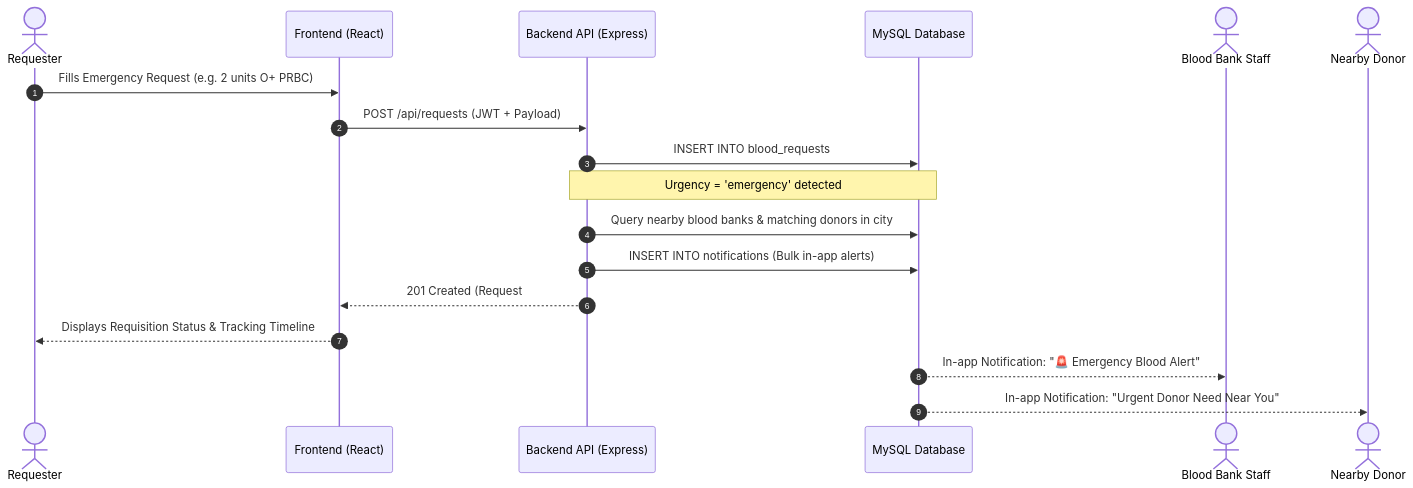
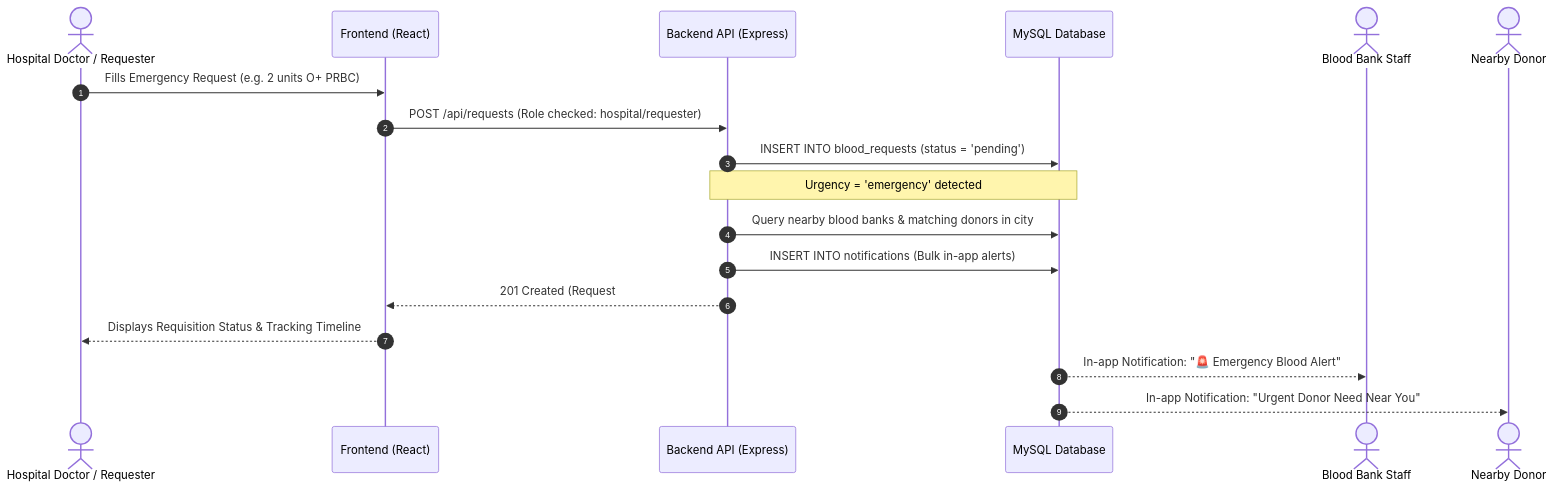
One commit to SHARANNNNN69/CELLS changed the fourth of 5 diagrams in docs/DFD_AND_WORKFLOWS.md. Above: the diagram before and after it, drawn with Mermaid. The commit also changed other lines of this file and 19 other files, not shown here.

````diff
--- a/docs/DFD_AND_WORKFLOWS.md
+++ b/docs/DFD_AND_WORKFLOWS.md
@@ -27,21 +76,21 @@
 ```mermaid
 sequenceDiagram
     autonumber
-    actor R as Requester
+    actor R as Hospital Doctor / Requester
     participant Client as Frontend (React)
     participant Server as Backend API (Express)
     participant DB as MySQL Database
     actor B as Blood Bank Staff
     actor D as Nearby Donor
 
     R->>Client: Fills Emergency Request (e.g. 2 units O+ PRBC)
-    Client->>Server: POST /api/requests (JWT + Payload)
-    Server->>DB: INSERT INTO blood_requests
+    Client->>Server: POST /api/requests (Role checked: hospital/requester)
+    Server->>DB: INSERT INTO blood_requests (status = 'pending')
     Note over Server,DB: Urgency = 'emergency' detected
     Server->>DB: Query nearby blood banks & matching donors in city
     Server->>DB: INSERT INTO notifications (Bulk in-app alerts)
     Server-->>Client: 201 Created (Request #ID)
     Client-->>R: Displays Requisition Status & Tracking Timeline
     DB-->>B: In-app Notification: "🚨 Emergency Blood Alert"
     DB-->>D: In-app Notification: "Urgent Donor Need Near You"
 ```
````
